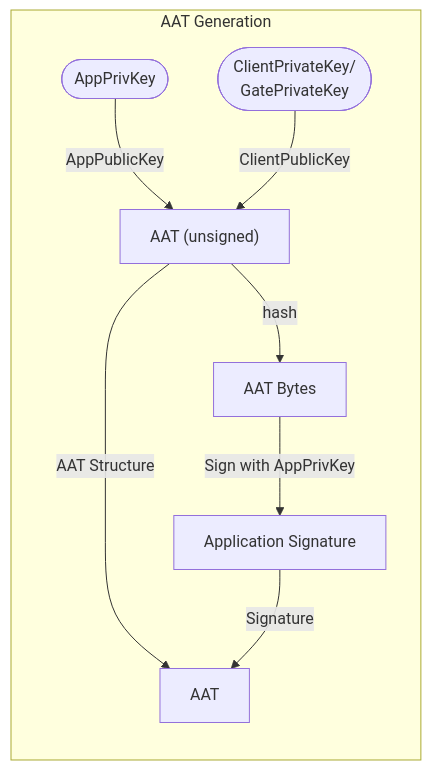
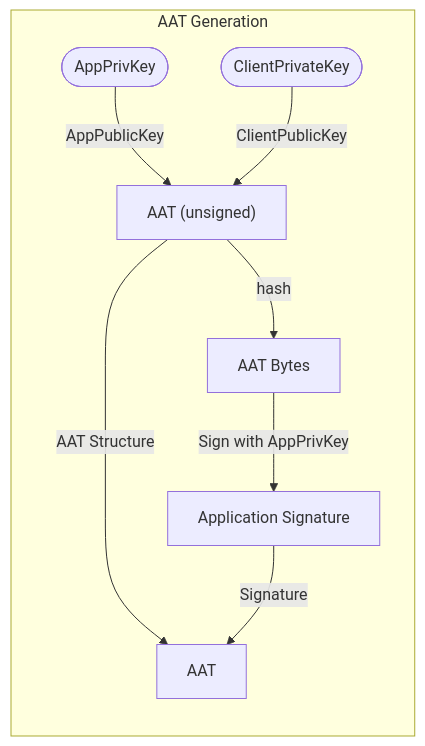
Before and after one commit to pokt-network/pocket-core: the first of 2 diagrams in doc/specs/application-auth-token.md, drawn with Mermaid. The commit also changed other lines of this file and 4 other files, not shown here.

````diff
--- a/doc/specs/application-auth-token.md
+++ b/doc/specs/application-auth-token.md
@@ -89,18 +74,18 @@
 ```mermaid
 flowchart TB
     App([AppPrivKey])
-    CG([ClientPrivateKey/ \n GatePrivateKey])
+    CG([ClientPrivateKey])
 
     subgraph AAT Generation
         direction TB
         AATU["AAT (unsigned)"]
         AAT["AAT"]
 
         App -- AppPublicKey --> AATU
         CG -- ClientPublicKey --> AATU
         AATU -- hash --> AATUB[AAT Bytes]
         AATUB -- Sign with AppPrivKey --> sig[Application Signature]
         AATU -- AAT Structure --> AAT
         sig -- Signature --> AAT
     end
 ```
````
